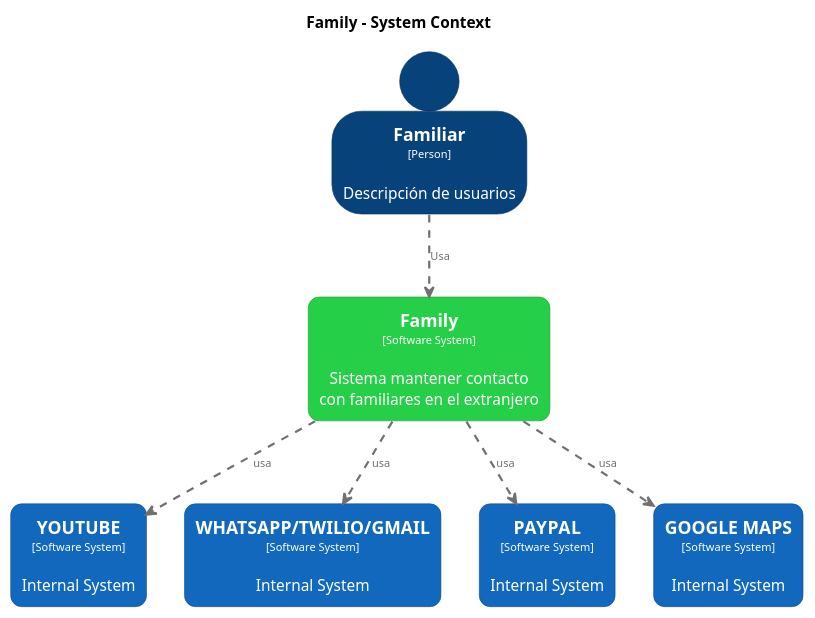
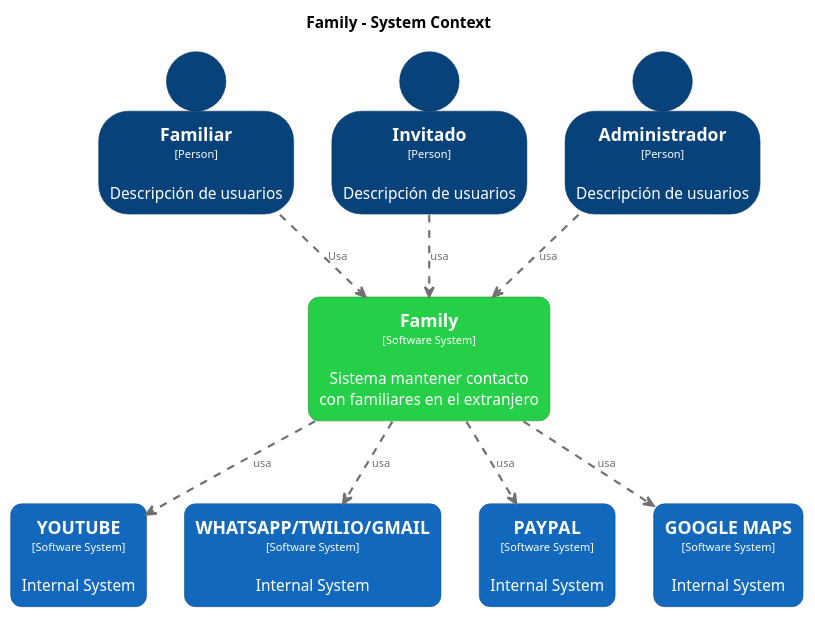
The diagram in c4_pc1_202402/pc1_context.pu (SharonBarrial/SI657_C4_Time), drawn with PlantUML before and after one commit.

Commit message:
fix: edit users (c4 context)

```diff
--- a/c4_pc1_202402/pc1_context.pu
+++ b/c4_pc1_202402/pc1_context.pu
@@ -1,70 +1,86 @@
 @startuml pc1
 set separator none
 title Family - System Context
 
 top to bottom direction
 
 skinparam {
   arrowFontSize 10
   defaultTextAlignment center
   wrapWidth 200
   maxMessageSize 100
 }
 
 hide stereotype
 
+skinparam person<<Administrador>> {
+  BackgroundColor #08427b
+  FontColor #ffffff
+  BorderColor #052e56
+  shadowing false
+}
 skinparam person<<Familiar>> {
   BackgroundColor #08427b
   FontColor #ffffff
   BorderColor #052e56
   shadowing false
 }
 skinparam rectangle<<Family>> {
   BackgroundColor #26cf48
   FontColor #ffffff
   BorderColor #1a9032
   roundCorner 20
   shadowing false
 }
 skinparam rectangle<<GOOGLEMAPS>> {
   BackgroundColor #1168bd
   FontColor #ffffff
   BorderColor #0b4884
   roundCorner 20
+  shadowing false
+}
+skinparam person<<Invitado>> {
+  BackgroundColor #08427b
+  FontColor #ffffff
+  BorderColor #052e56
   shadowing false
 }
 skinparam rectangle<<PAYPAL>> {
   BackgroundColor #1168bd
   FontColor #ffffff
   BorderColor #0b4884
   roundCorner 20
   shadowing false
 }
 skinparam rectangle<<WHATSAPPTWILIOGMAIL>> {
   BackgroundColor #1168bd
   FontColor #ffffff
   BorderColor #0b4884
   roundCorner 20
   shadowing false
 }
 skinparam rectangle<<YOUTUBE>> {
   BackgroundColor #1168bd
   FontColor #ffffff
   BorderColor #0b4884
   roundCorner 20
   shadowing false
 }
 
 person "==Familiar\n<size:10>[Person]</size>\n\nDescripción de usuarios" <<Familiar>> as Familiar
+person "==Invitado\n<size:10>[Person]</size>\n\nDescripción de usuarios" <<Invitado>> as Invitado
 rectangle "==YOUTUBE\n<size:10>[Software System]</size>\n\nInternal System" <<YOUTUBE>> as YOUTUBE
 rectangle "==WHATSAPP/TWILIO/GMAIL\n<size:10>[Software System]</size>\n\nInternal System" <<WHATSAPPTWILIOGMAIL>> as WHATSAPPTWILIOGMAIL
 rectangle "==PAYPAL\n<size:10>[Software System]</size>\n\nInternal System" <<PAYPAL>> as PAYPAL
 rectangle "==GOOGLE MAPS\n<size:10>[Software System]</size>\n\nInternal System" <<GOOGLEMAPS>> as GOOGLEMAPS
+person "==Administrador\n<size:10>[Person]</size>\n\nDescripción de usuarios" <<Administrador>> as Administrador
 rectangle "==Family\n<size:10>[Software System]</size>\n\nSistema mantener contacto con familiares en el extranjero" <<Family>> as Family
 
 Familiar .[#707070,thickness=2].> Family : "<color:#707070>Usa"
+Invitado .[#707070,thickness=2].> Family : "<color:#707070>usa"
+Administrador .[#707070,thickness=2].> Family : "<color:#707070>usa"
 Family .[#707070,thickness=2].> YOUTUBE : "<color:#707070>usa"
 Family .[#707070,thickness=2].> WHATSAPPTWILIOGMAIL : "<color:#707070>usa"
 Family .[#707070,thickness=2].> PAYPAL : "<color:#707070>usa"
 Family .[#707070,thickness=2].> GOOGLEMAPS : "<color:#707070>usa"
 @enduml
```
